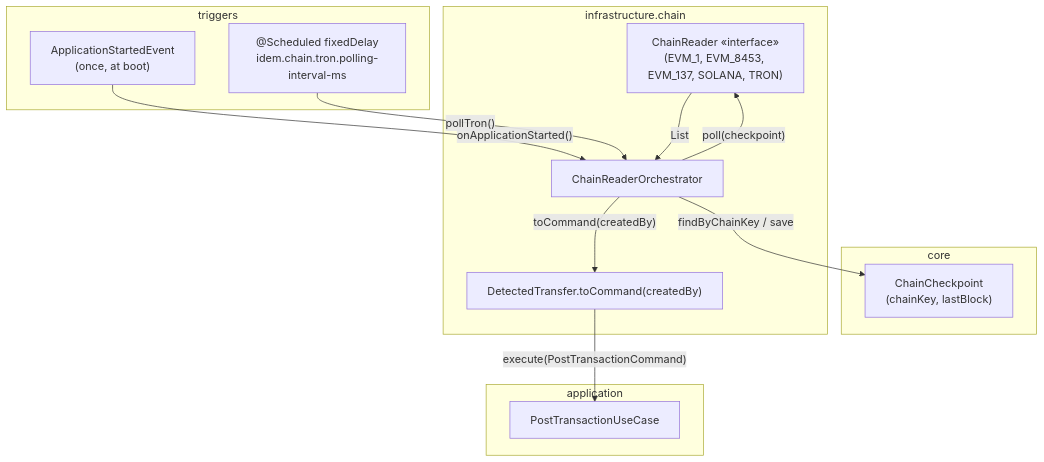
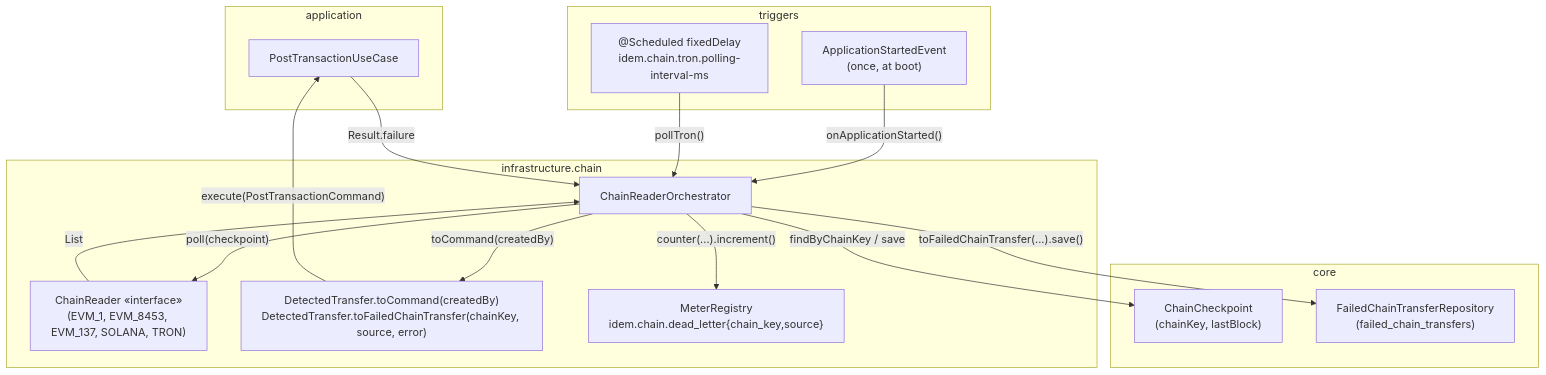
One commit to idem-finance/idem changed the first of 3 diagrams in docs/chain-reader-orchestrator.md. Above: the diagram before and after it, drawn with Mermaid. The commit also changed other lines of this file and 21 other files, not shown here.

First line of the commit message:
feat: dead-letter table and alerting for failed chain entry posts (#87)

````diff
--- a/docs/chain-reader-orchestrator.md
+++ b/docs/chain-reader-orchestrator.md
@@ -34,29 +34,34 @@
 ```mermaid
 graph TD
     subgraph core
         ChainCheckpoint["ChainCheckpoint\n(chainKey, lastBlock)"]
+        FailedTransfer["FailedChainTransferRepository\n(failed_chain_transfers)"]
     end
 
     subgraph application
         PTU["PostTransactionUseCase"]
     end
 
     subgraph infrastructure.chain
         CR["ChainReader «interface»\n(EVM_1, EVM_8453, EVM_137, SOLANA, TRON)"]
         ORCH["ChainReaderOrchestrator"]
-        DT["DetectedTransfer.toCommand(createdBy)"]
+        DT["DetectedTransfer.toCommand(createdBy)\nDetectedTransfer.toFailedChainTransfer(chainKey, source, error)"]
+        MR["MeterRegistry\nidem.chain.dead_letter{chain_key,source}"]
     end
 
     subgraph triggers
         ASE["ApplicationStartedEvent\n(once, at boot)"]
         SCHED["@Scheduled fixedDelay\nidem.chain.tron.polling-interval-ms"]
     end
 
     ASE -->|"onApplicationStarted()"| ORCH
     SCHED -->|"pollTron()"| ORCH
     ORCH -->|"findByChainKey / save"| ChainCheckpoint
     ORCH -->|"poll(checkpoint)"| CR
     CR -->|"List<DetectedTransfer>"| ORCH
     ORCH -->|"toCommand(createdBy)"| DT
     DT -->|"execute(PostTransactionCommand)"| PTU
+    PTU -->|"Result.failure"| ORCH
+    ORCH -->|"toFailedChainTransfer(...).save()"| FailedTransfer
+    ORCH -->|"counter(...).increment()"| MR
 ```
````
